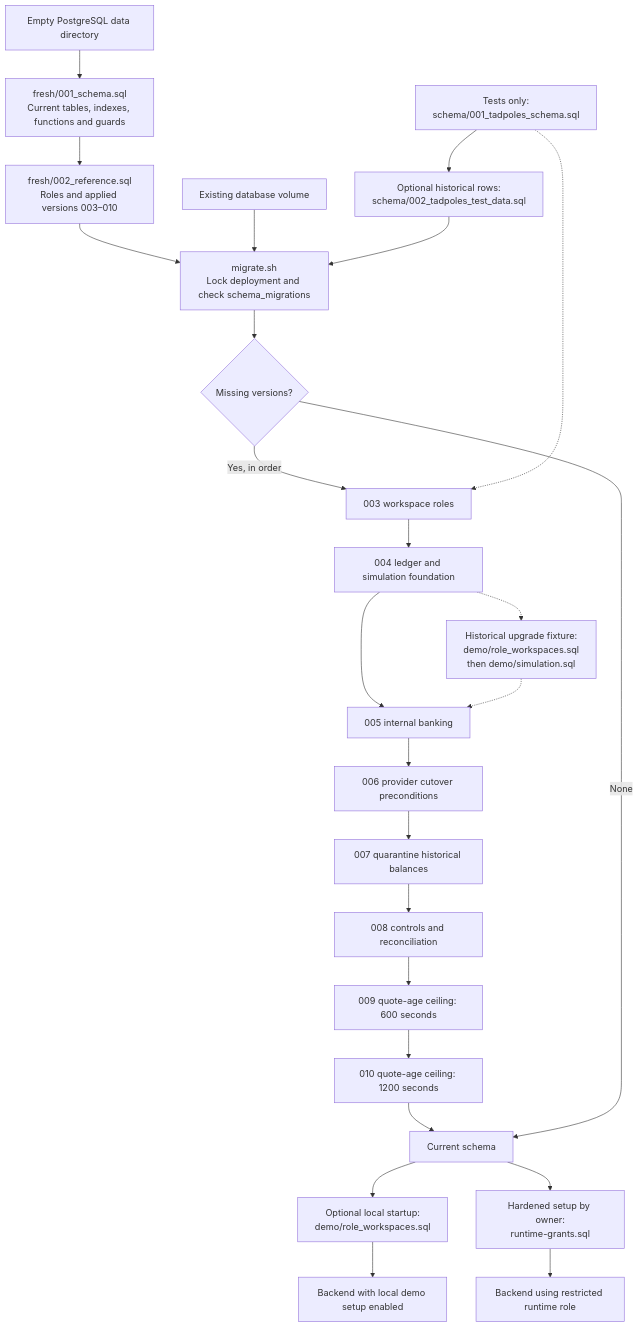
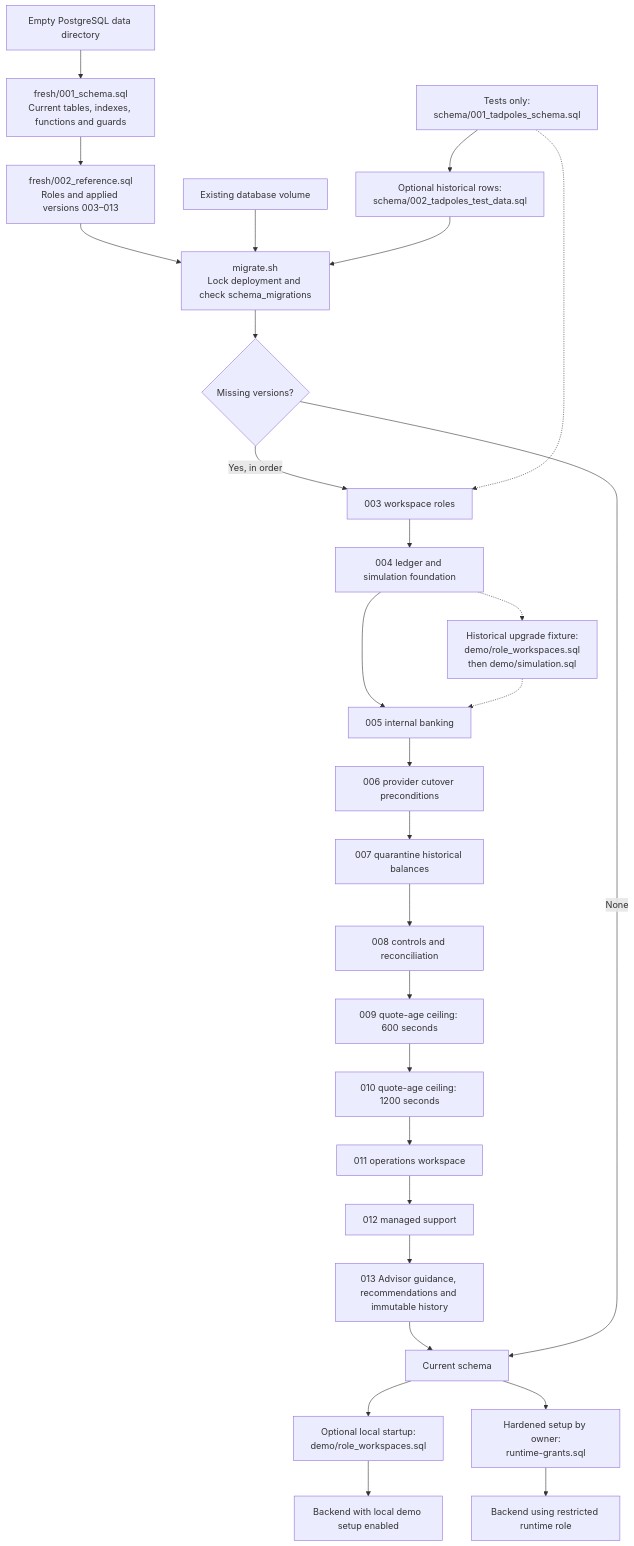
Before and after one commit to godondi/tadpoles: the diagram in database/README.md, drawn with Mermaid. The commit also changed other lines of this file and 17 other files, not shown here.

````diff
--- a/database/README.md
+++ b/database/README.md
@@ -17,28 +17,31 @@
 ```mermaid
 flowchart TD
     Empty[Empty PostgreSQL data directory] --> F1["fresh/001_schema.sql<br/>Current tables, indexes, functions and guards"]
-    F1 --> F2["fresh/002_reference.sql<br/>Roles and applied versions 003–010"]
+    F1 --> F2["fresh/002_reference.sql<br/>Roles and applied versions 003–013"]
     F2 --> Runner["migrate.sh<br/>Lock deployment and check schema_migrations"]
     Existing[Existing database volume] --> Runner
     Runner --> Missing{Missing versions?}
     Missing -->|Yes, in order| M3["003 workspace roles"]
     M3 --> M4["004 ledger and simulation foundation"]
     M4 --> M5["005 internal banking"]
     M5 --> M6["006 provider cutover preconditions"]
     M6 --> M7["007 quarantine historical balances"]
     M7 --> M8["008 controls and reconciliation"]
     M8 --> M9["009 quote-age ceiling: 600 seconds"]
     M9 --> M10["010 quote-age ceiling: 1200 seconds"]
-    M10 --> Current[Current schema]
+    M10 --> M11["011 operations workspace"]
+    M11 --> M12["012 managed support"]
+    M12 --> M13["013 Advisor guidance, recommendations and immutable history"]
+    M13 --> Current[Current schema]
     Missing -->|None| Current
     Current --> Demo["Optional local startup:<br/>demo/role_workspaces.sql"]
     Demo --> Local[Backend with local demo setup enabled]
     Current --> Grants["Hardened setup by owner:<br/>runtime-grants.sql"]
     Grants --> Runtime[Backend using restricted runtime role]
 
     Legacy["Tests only:<br/>schema/001_tadpoles_schema.sql"] --> Seed["Optional historical rows:<br/>schema/002_tadpoles_test_data.sql"]
     Seed --> Runner
     Legacy -.-> M3
     M4 -.-> Simulation["Historical upgrade fixture:<br/>demo/role_workspaces.sql<br/>then demo/simulation.sql"]
     Simulation -.-> M5
 ```
````
